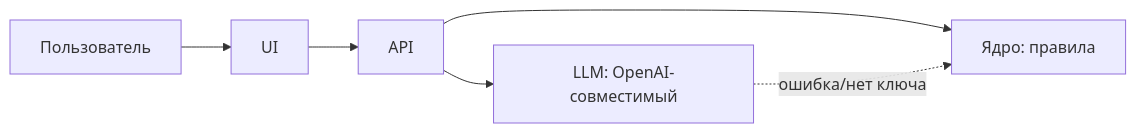
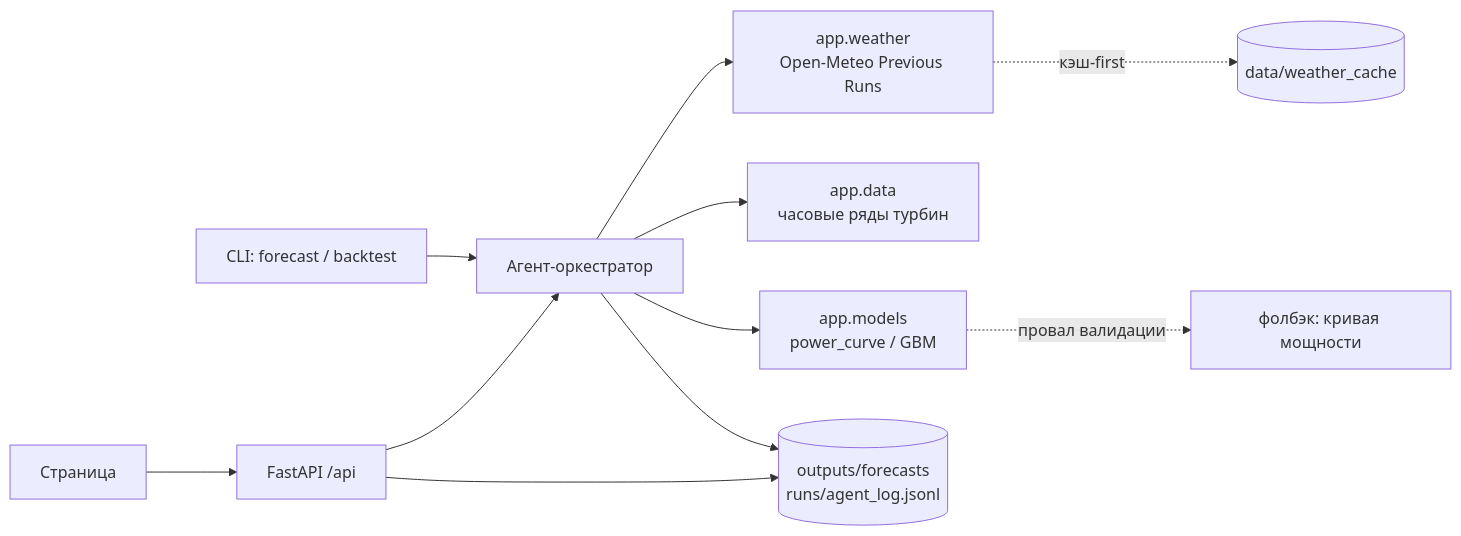
Before and after one commit to BAITC-Hacks/hack-17c230f8-ctrlx: the diagram in README.md, drawn with Mermaid. The commit also changed other lines of this file and 3 other files, not shown here.

````diff
--- a/README.md
+++ b/README.md
@@ -22,8 +47,13 @@
 ```mermaid
 flowchart LR
-  U[Пользователь] --> UI[UI]
-  UI --> API[API]
-  API --> CORE[Ядро: правила]
-  API --> LLM[LLM: OpenAI-совместимый]
-  LLM -. ошибка/нет ключа .-> CORE
+  CLI[CLI: forecast / backtest] --> AG[Агент-оркестратор]
+  UI[Страница] --> API[FastAPI /api]
+  API --> AG
+  AG --> WX[app.weather<br/>Open-Meteo Previous Runs]
+  WX -. кэш-first .-> CACHE[(data/weather_cache)]
+  AG --> DATA[app.data<br/>часовые ряды турбин]
+  AG --> MODEL[app.models<br/>power_curve / GBM]
+  MODEL -. провал валидации .-> PC[фолбэк: кривая мощности]
+  AG --> OUT[(outputs/forecasts<br/>runs/agent_log.jsonl)]
+  API --> OUT
 ```
````
